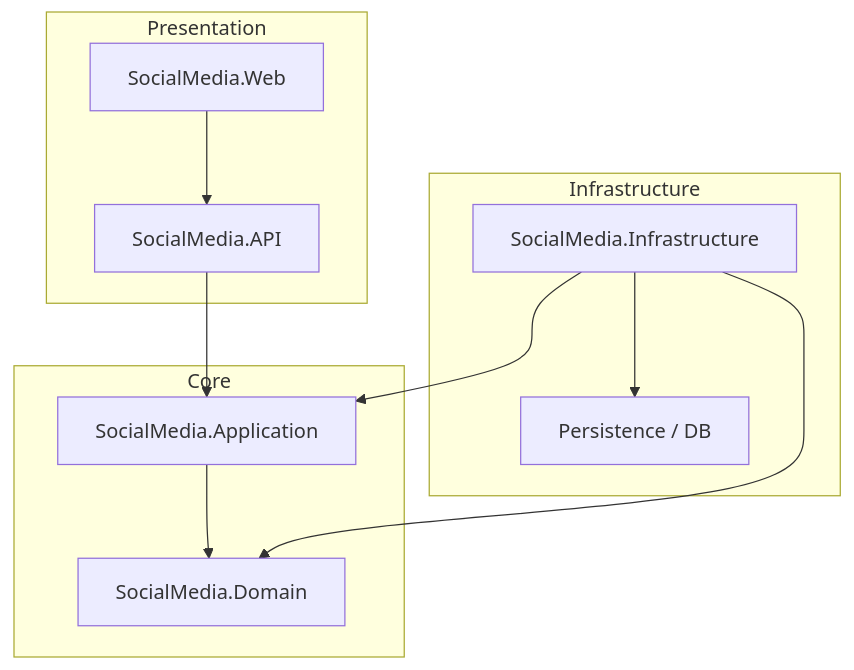
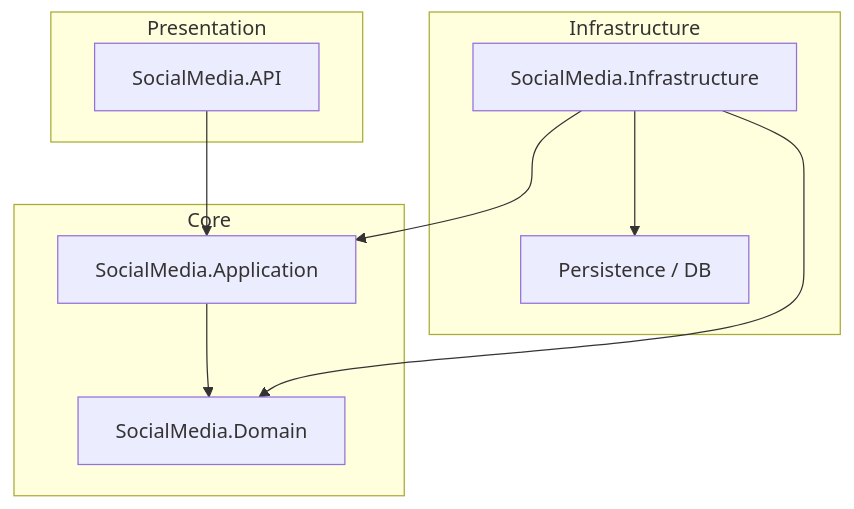
One commit to SitholeWB/social-media-api changed the diagram in README.md. Above: the diagram before and after it, drawn with Mermaid.

Commit message:
Update architecture diagram in README
Removed Web component from the architecture diagram.

````diff
--- a/README.md
+++ b/README.md
@@ -11,24 +11,22 @@
 ```mermaid
 graph TD
     subgraph Core
         Domain[SocialMedia.Domain]
         Application[SocialMedia.Application]
     end
 
     subgraph Infrastructure
         Infra[SocialMedia.Infrastructure]
         Persistence[Persistence / DB]
     end
 
     subgraph Presentation
         API[SocialMedia.API]
-        Web[SocialMedia.Web]
     end
 
     API --> Application
-    Web --> API
     Application --> Domain
     Infra --> Application
     Infra --> Domain
     Infra --> Persistence
 ```
````
